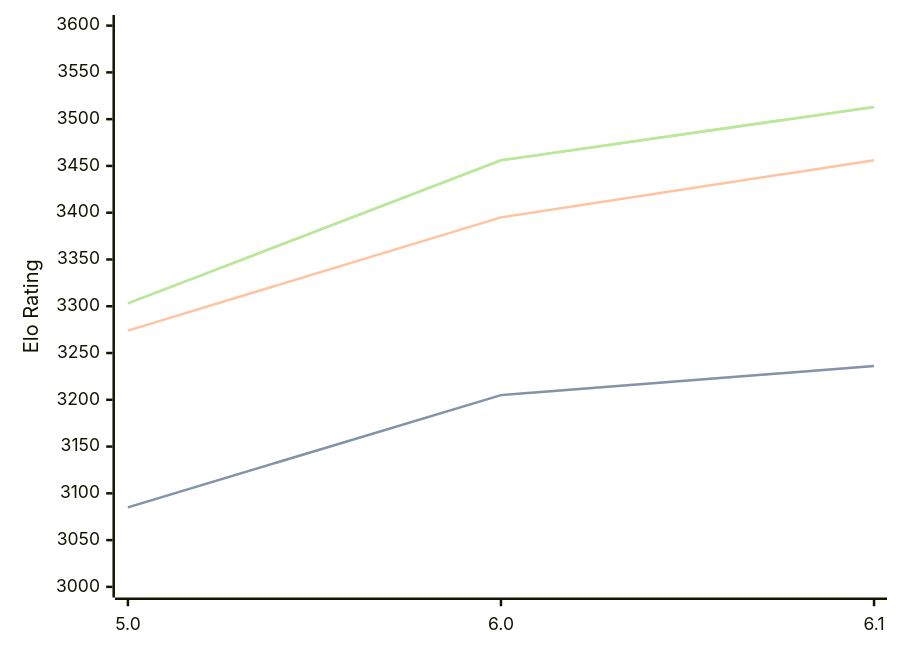
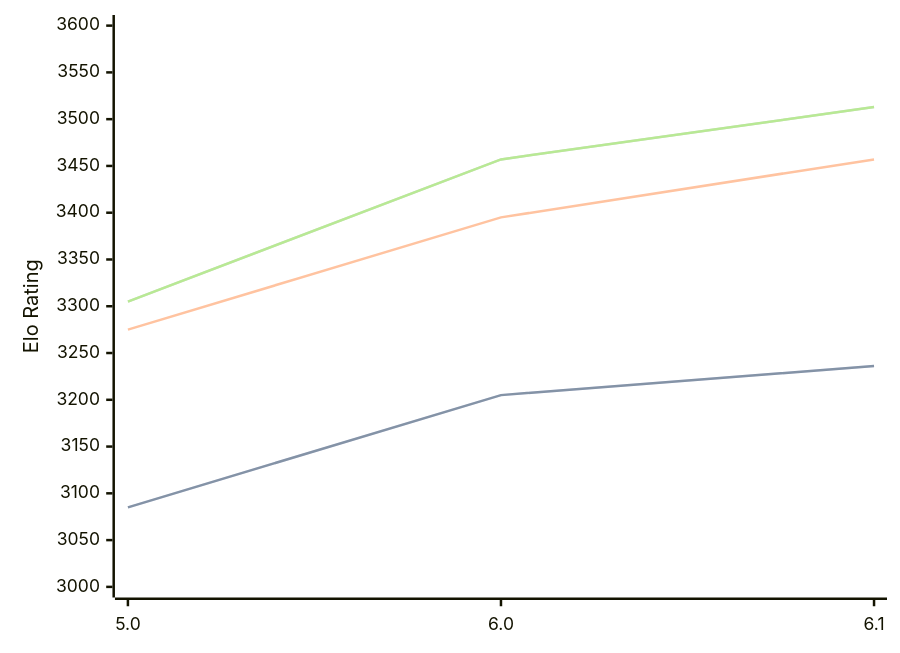
Before and after one commit to computer-chess-index/cci: the diagram in engines/PZChessBot.md, drawn with Mermaid. The commit also changed other lines of this file, not shown here.

Commit message:
Update CCI Ratings (ELO VLTC) - 2026-04-27

````diff
--- a/engines/PZChessBot.md
+++ b/engines/PZChessBot.md
@@ -42,11 +42,11 @@
 ```mermaid
 %%{init: {"theme":"base","themeVariables":{"seriesColors:['#a3a3a3','#222221','#faa371']}}}%%
 xychart-beta
   x-axis ["5.0", "6.0", "6.1"]
   y-axis "Elo Rating" 3000 --> 3600
   line "STC (8.0+0.08s)" [3085, 3205, 3236]
   line "STC (8.0+0.08s)" [3085, 3205, 3236]
-  line "LTC (60.0+0.60s)" [3274, 3395, 3456]
-  line "VLTC (2m24s+1.12s)" [3303, 3456, 3513]
-  line "VLTC (2m24s+1.12s)" [3303, 3456, 3513]
+  line "LTC (60.0+0.60s)" [3275, 3395, 3457]
+  line "VLTC (2m24s+1.12s)" [3305, 3457, 3513]
+  line "VLTC (2m24s+1.12s)" [3305, 3457, 3513]
 ```
````
